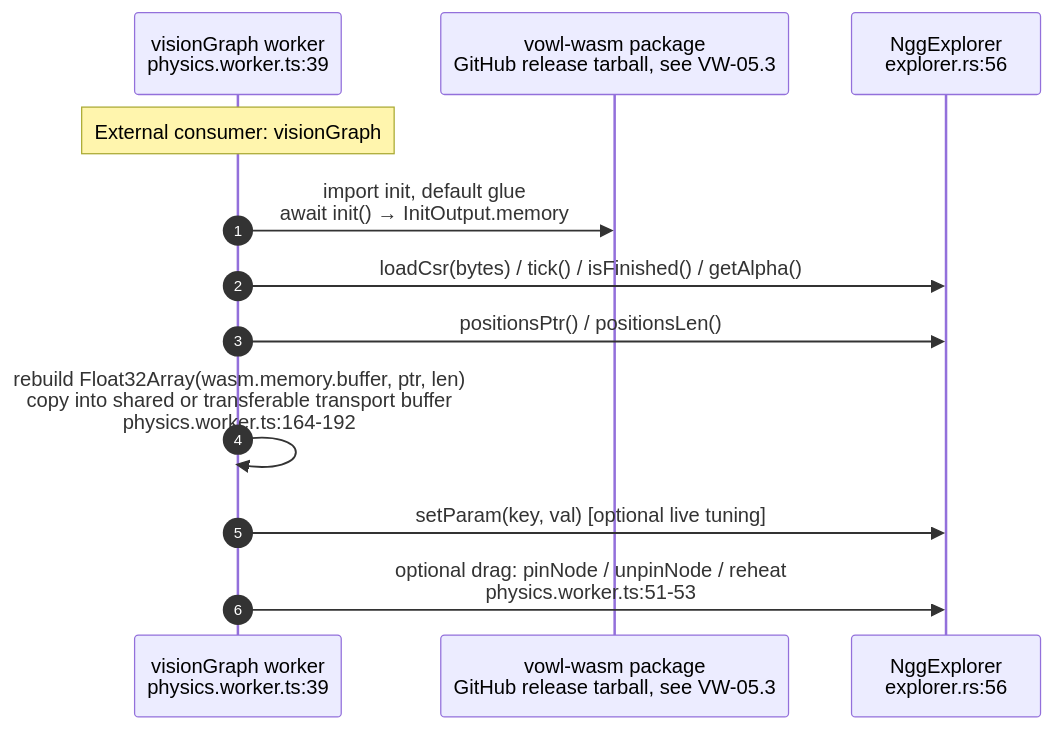
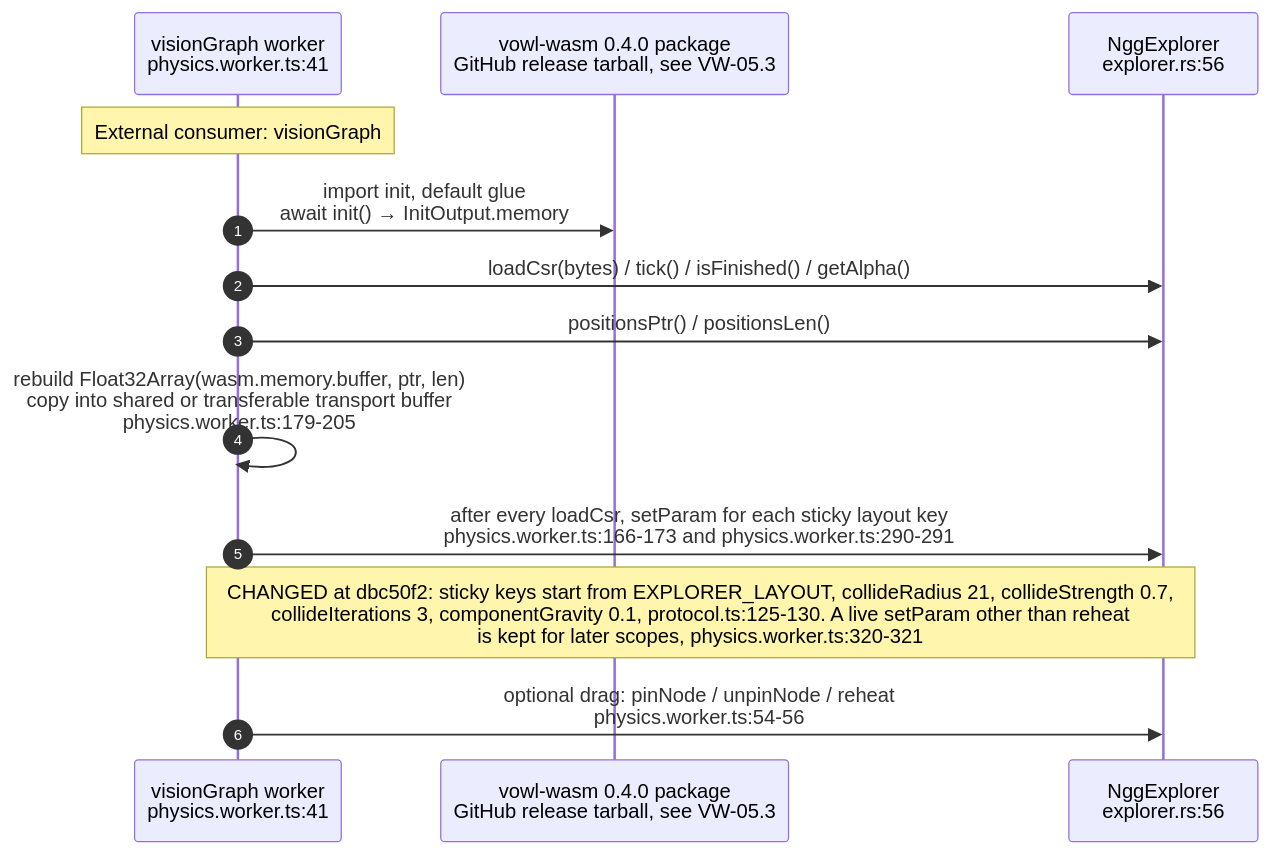
Before and after one commit to DreamLab-AI/VisionFlow: the fifth of 10 diagrams in docs/diagrams/vowl-wasm/04-js-api-examples-and-consumers.md, drawn with Mermaid. The commit also changed other lines of this file and 5 other files, not shown here.

First line of the commit message:
docs(diagrams): vowl-wasm re-verified at v0.4.0 (0779174)

````diff
--- a/docs/diagrams/vowl-wasm/04-js-api-examples-and-consumers.md
+++ b/docs/diagrams/vowl-wasm/04-js-api-examples-and-consumers.md
@@ -98,14 +101,15 @@
 ```mermaid
 sequenceDiagram
     autonumber
-    participant W as visionGraph worker<br/>physics.worker.ts:39
-    participant PKG as vowl-wasm package<br/>GitHub release tarball, see VW-05.3
+    participant W as visionGraph worker<br/>physics.worker.ts:41
+    participant PKG as vowl-wasm 0.4.0 package<br/>GitHub release tarball, see VW-05.3
     participant WA as NggExplorer<br/>explorer.rs:56
     Note over W: External consumer: visionGraph
     W->>PKG: import init, default glue<br/>await init() → InitOutput.memory
     W->>WA: loadCsr(bytes) / tick() / isFinished() / getAlpha()
     W->>WA: positionsPtr() / positionsLen()
-    W->>W: rebuild Float32Array(wasm.memory.buffer, ptr, len)<br/>copy into shared or transferable transport buffer<br/>physics.worker.ts:164-192
-    W->>WA: setParam(key, val) [optional live tuning]
-    W->>WA: optional drag: pinNode / unpinNode / reheat<br/>physics.worker.ts:51-53
+    W->>W: rebuild Float32Array(wasm.memory.buffer, ptr, len)<br/>copy into shared or transferable transport buffer<br/>physics.worker.ts:179-205
+    W->>WA: after every loadCsr, setParam for each sticky layout key<br/>physics.worker.ts:166-173 and physics.worker.ts:290-291
+    Note over W,WA: CHANGED at dbc50f2: sticky keys start from EXPLORER_LAYOUT, collideRadius 21, collideStrength 0.7,<br/>collideIterations 3, componentGravity 0.1, protocol.ts:125-130. A live setParam other than reheat<br/>is kept for later scopes, physics.worker.ts:320-321
+    W->>WA: optional drag: pinNode / unpinNode / reheat<br/>physics.worker.ts:54-56
 ```
````
